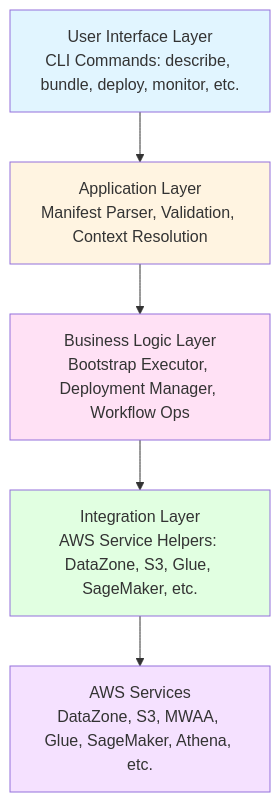
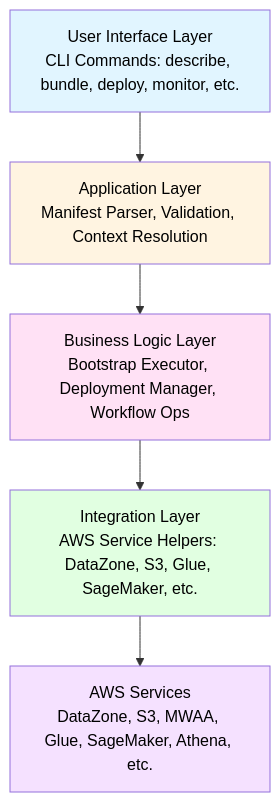
The first of 11 diagrams in docs/architecture.md (vasu2856/CICD-for-SageMakerUnifiedStudio-public), drawn with Mermaid before and after one commit. The commit also changed other lines of this file and 24 other files, not shown here.

````diff
--- a/docs/architecture.md
+++ b/docs/architecture.md
@@ -48,13 +48,13 @@
 ```mermaid
 graph TD
     A[User Interface Layer<br/>CLI Commands: describe, bundle, deploy, monitor, etc.] --> B[Application Layer<br/>Manifest Parser, Validation, Context Resolution]
     B --> C[Business Logic Layer<br/>Bootstrap Executor, Deployment Manager, Workflow Ops]
     C --> D[Integration Layer<br/>AWS Service Helpers: DataZone, S3, Glue, SageMaker, etc.]
     D --> E[AWS Services<br/>DataZone, S3, MWAA, Glue, SageMaker, Athena, etc.]
     
-    style A fill:#e1f5ff
-    style B fill:#fff4e1
-    style C fill:#ffe1f5
-    style D fill:#e1ffe1
-    style E fill:#f5e1ff
+    style A fill:#e1f5ff,color:#000,font-weight:normal
+    style B fill:#fff4e1,color:#000,font-weight:normal
+    style C fill:#ffe1f5,color:#000,font-weight:normal
+    style D fill:#e1ffe1,color:#000,font-weight:normal
+    style E fill:#f5e1ff,color:#000,font-weight:normal
 ```
````
